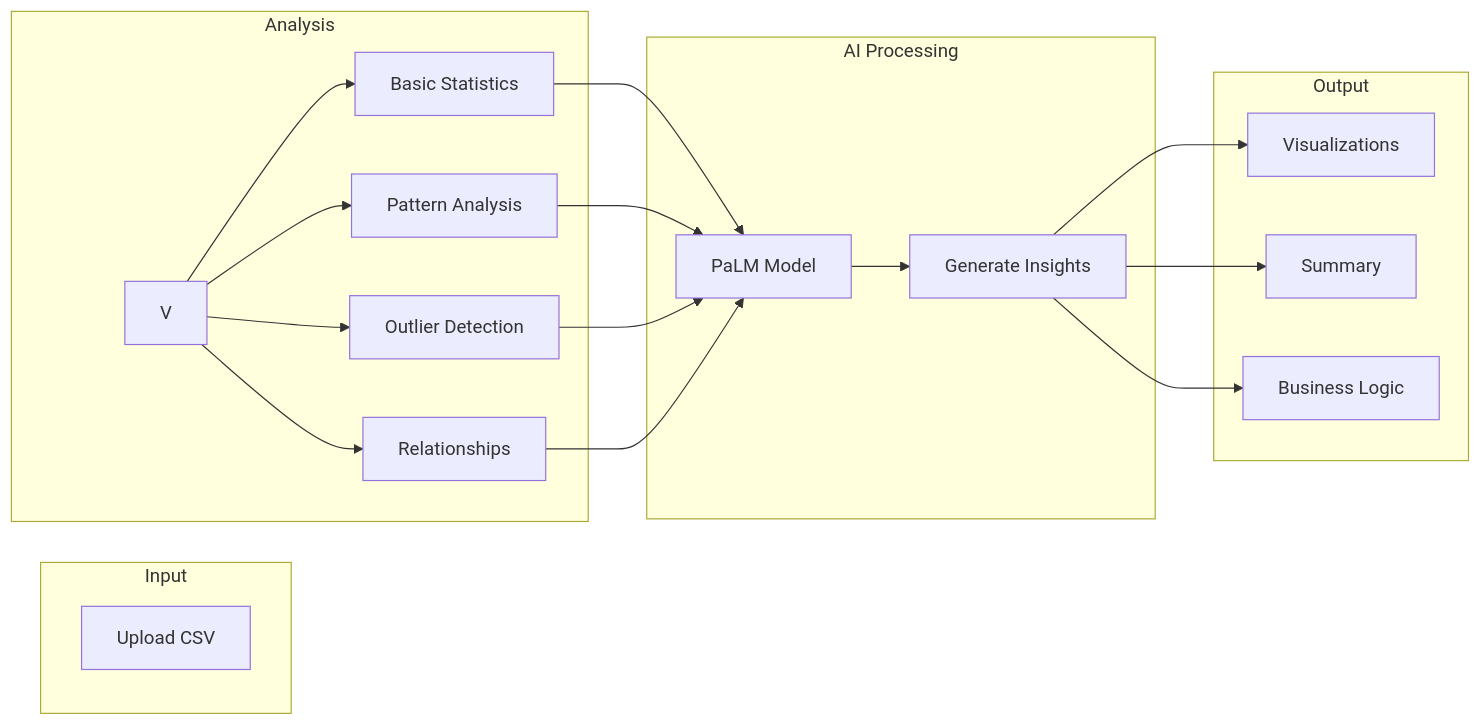
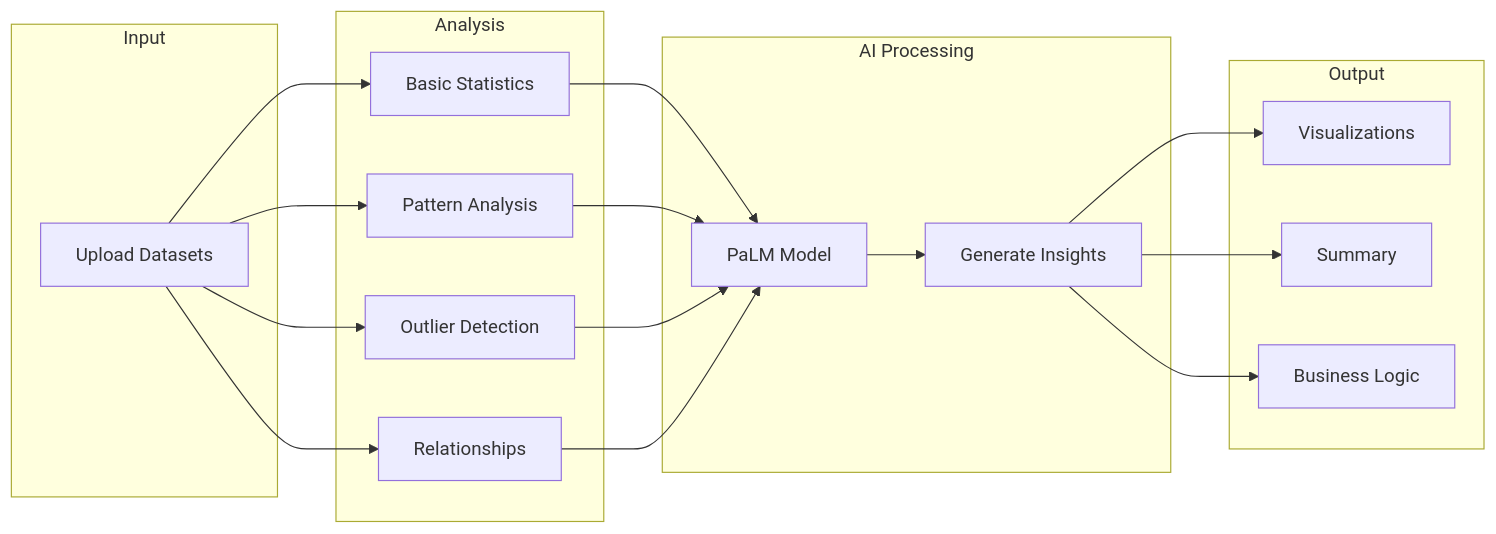
One commit to nishant14763/datalens changed the third of 11 diagrams in presentation.md. Above: the diagram before and after it, drawn with Mermaid.

Commit message:
Update diagram to reflect 'Upload Datasets'

````diff
--- a/presentation.md
+++ b/presentation.md
@@ -53,27 +53,27 @@
 ```mermaid
 graph LR
     subgraph Input
-        U[Upload CSV]
+        U[Upload Datasets]
     end
     
     subgraph Analysis
-        V --> B[Basic Statistics]
-        V --> P[Pattern Analysis]
-        V --> O[Outlier Detection]
-        V --> R[Relationships]
+        U --> B[Basic Statistics]
+        U --> P[Pattern Analysis]
+        U --> O[Outlier Detection]
+        U --> R[Relationships]
     end
     
     subgraph AI Processing
         B --> AI[PaLM Model]
         P --> AI
         O --> AI
         R --> AI
         AI --> I[Generate Insights]
     end
     
     subgraph Output
         I --> VIZ[Visualizations]
         I --> S[Summary]
         I --> BL[Business Logic]
     end
 ```
````
